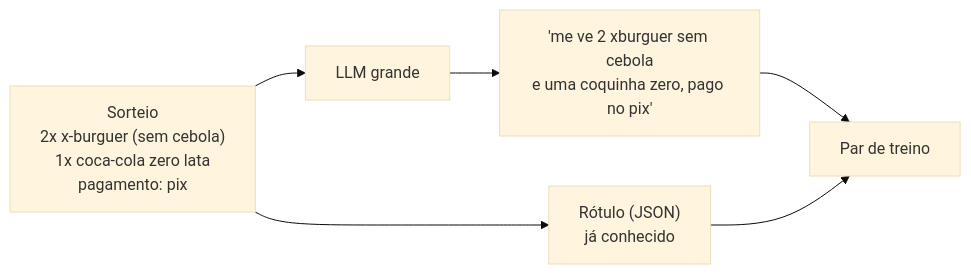
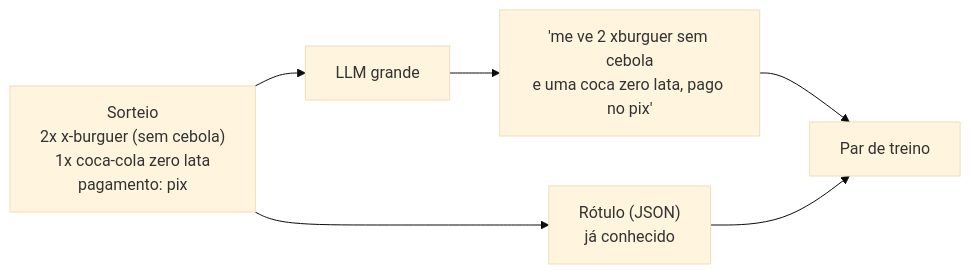
The second of 6 diagrams in docs/COMO_FUNCIONA.md (FabioAGC/Lora), drawn with Mermaid (base theme) before and after one commit. The commit also changed 1 other file, not shown here.

Commit message:
Exemplo de destaque verificado e limitação com gírias
Claude-Session: https://claude.ai/code/session_019fYxFiXjg4si8uwT1tsSd9

````diff
--- a/docs/COMO_FUNCIONA.md
+++ b/docs/COMO_FUNCIONA.md
@@ -29,8 +29,8 @@
 ```mermaid
 flowchart LR
     S["Sorteio<br/>2x x-burguer (sem cebola)<br/>1x coca-cola zero lata<br/>pagamento: pix"] --> L["LLM grande"]
-    L --> M["'me ve 2 xburguer sem cebola<br/>e uma coquinha zero, pago no pix'"]
+    L --> M["'me ve 2 xburguer sem cebola<br/>e uma coca zero lata, pago no pix'"]
     S --> R["Rótulo (JSON)<br/>já conhecido"]
     M --> P["Par de treino"]
     R --> P
 ```
````
